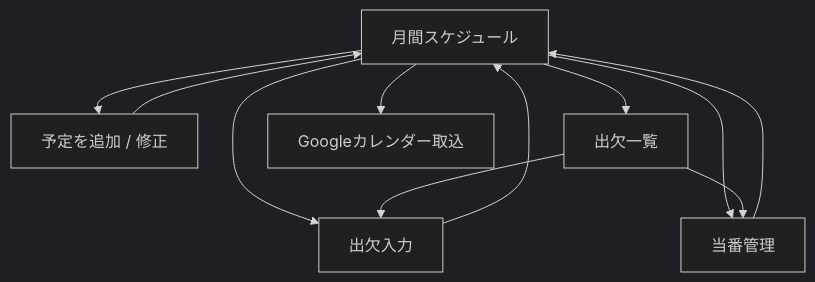
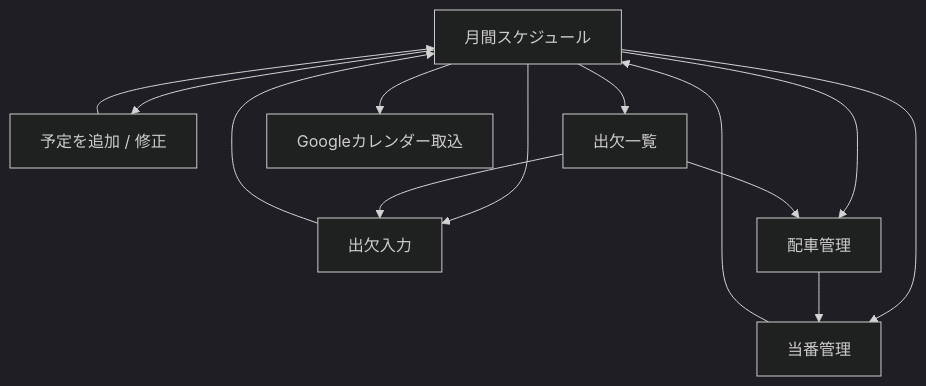
Before and after one commit to knakamura128/junior-soccer-score-memo: the diagram in docs/schedule-guide.md, drawn with Mermaid (dark theme). The commit also changed other lines of this file and 26 other files, not shown here.

````diff
--- a/docs/schedule-guide.md
+++ b/docs/schedule-guide.md
@@ -5,13 +5,15 @@
 ```mermaid
 flowchart TD
   A["月間スケジュール"] --> B["予定を追加 / 修正"]
   A --> C["出欠入力"]
   A --> D["出欠一覧"]
-  A --> E["当番管理"]
-  A --> F["Googleカレンダー取込"]
+  A --> E["配車管理"]
+  A --> F["当番管理"]
+  A --> G["Googleカレンダー取込"]
   B --> A
   C --> A
   D --> C
   D --> E
-  E --> A
+  E --> F
+  F --> A
 ```
````
